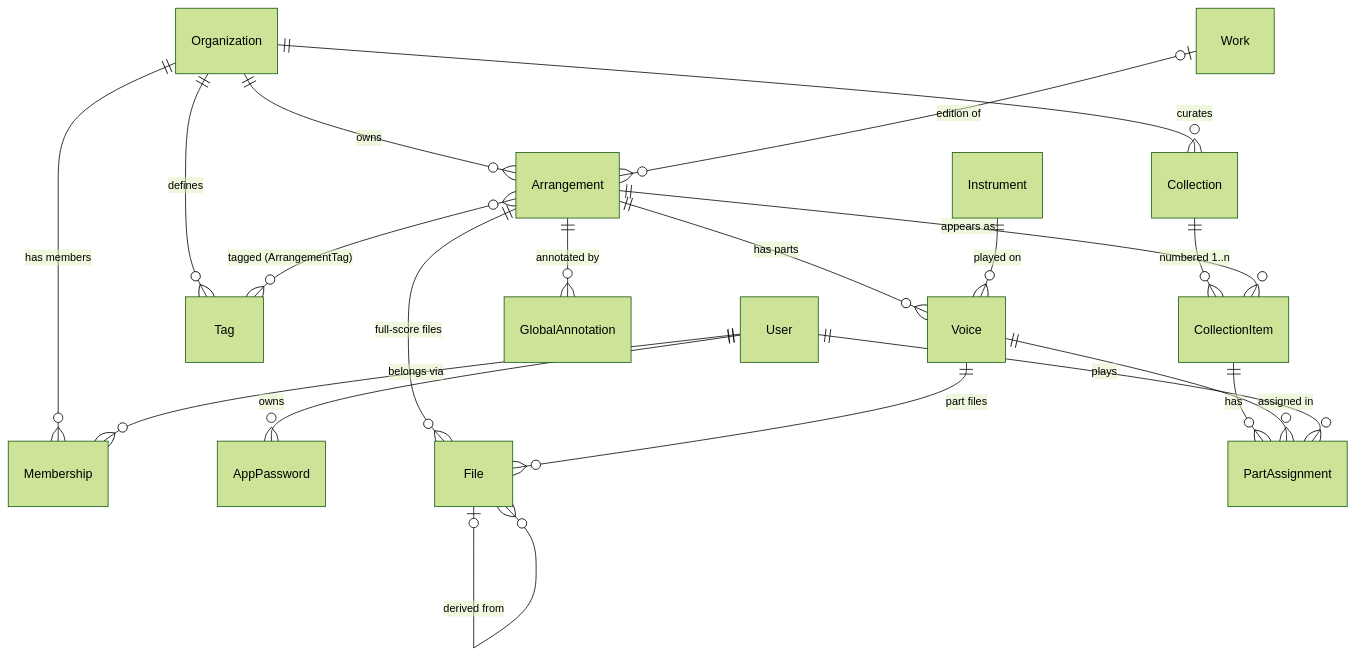
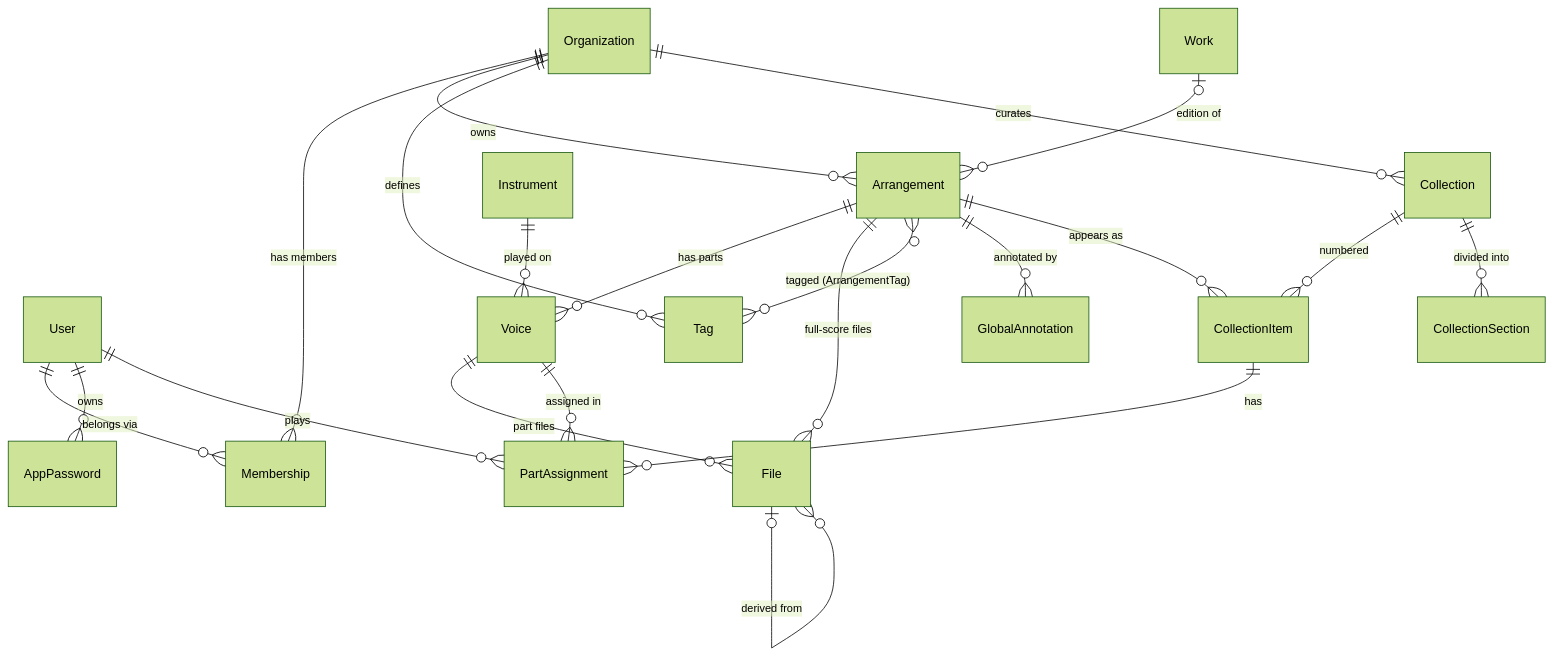
Before and after one commit to pekavau/Lied: the fourth of 4 diagrams in docs/design.md, drawn with Mermaid (forest theme). The commit also changed other lines of this file, not shown here.

First line of the commit message:
design.md: collection numbering by type, labels and sections

````diff
--- a/docs/design.md
+++ b/docs/design.md
@@ -751,22 +754,23 @@
 ```mermaid
 erDiagram
     Organization ||--o{ Membership : "has members"
     User ||--o{ Membership : "belongs via"
     User ||--o{ AppPassword : owns
     Organization ||--o{ Arrangement : owns
     Organization ||--o{ Tag : defines
     Organization ||--o{ Collection : curates
     Work |o--o{ Arrangement : "edition of"
     Arrangement ||--o{ Voice : "has parts"
     Instrument ||--o{ Voice : "played on"
     Arrangement ||--o{ File : "full-score files"
     Voice ||--o{ File : "part files"
     File |o--o{ File : "derived from"
     Arrangement }o--o{ Tag : "tagged (ArrangementTag)"
     Arrangement ||--o{ GlobalAnnotation : "annotated by"
-    Collection ||--o{ CollectionItem : "numbered 1..n"
+    Collection ||--o{ CollectionItem : "numbered"
+    Collection ||--o{ CollectionSection : "divided into"
     Arrangement ||--o{ CollectionItem : "appears as"
     CollectionItem ||--o{ PartAssignment : "has"
     Voice ||--o{ PartAssignment : "assigned in"
     User ||--o{ PartAssignment : "plays"
 ```
````
